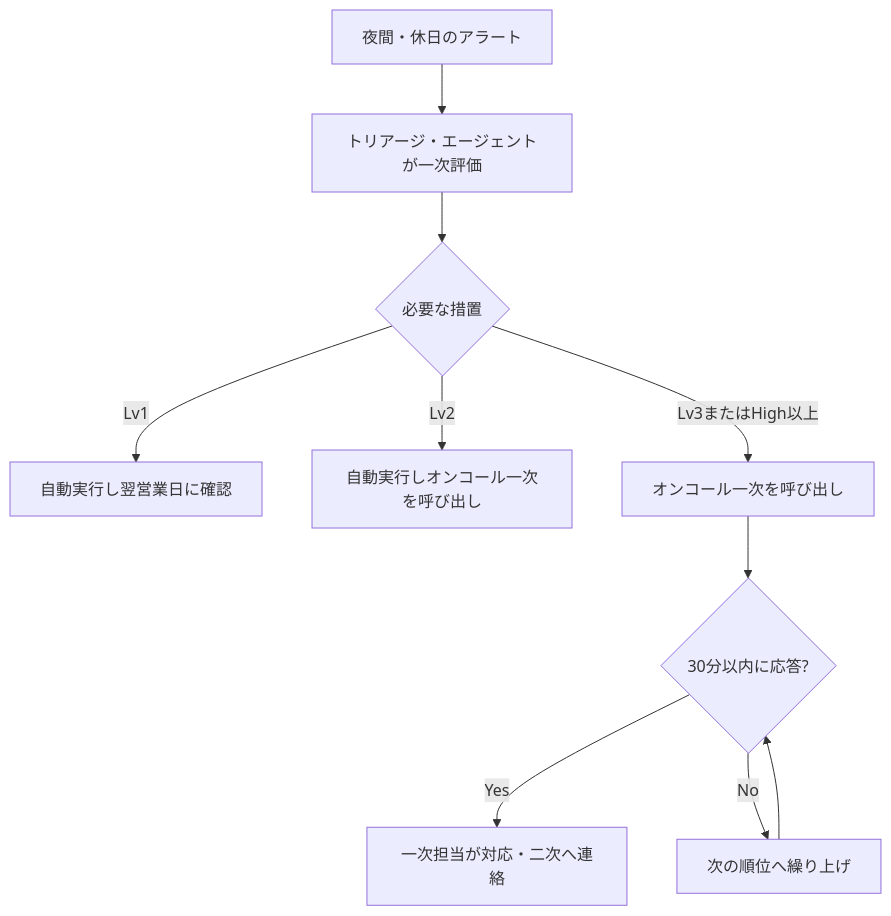
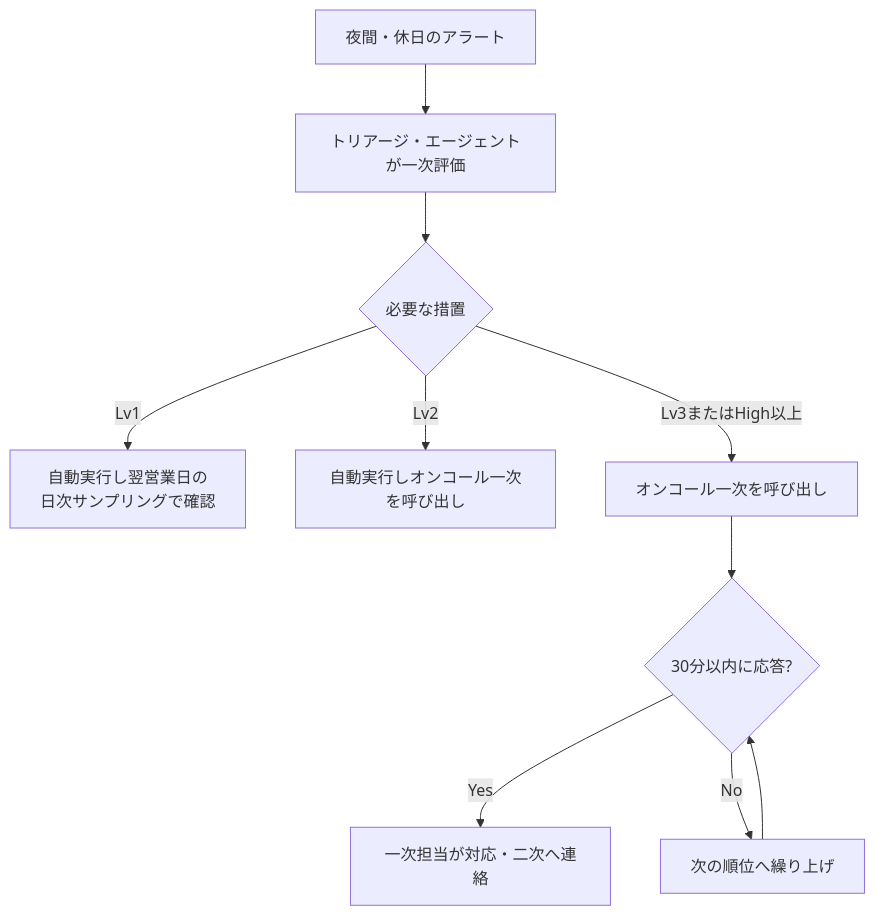
The diagram in 01-governance/01-05-operating-hours.md (Okusan818/agentic-ai-soc-csirt-sample), drawn with Mermaid before and after one commit. The commit also changed other lines of this file and 36 other files, not shown here.

````diff
--- a/01-governance/01-05-operating-hours.md
+++ b/01-governance/01-05-operating-hours.md
@@ -35,12 +35,12 @@
 ```mermaid
 flowchart TD
     A[夜間・休日のアラート] --> B[トリアージ・エージェントが一次評価]
     B --> C{必要な措置}
-    C -->|Lv1| D[自動実行し翌営業日に確認]
+    C -->|Lv1| D[自動実行し翌営業日の<br/>日次サンプリングで確認]
     C -->|Lv2| E[自動実行しオンコール一次を呼び出し]
     C -->|Lv3またはHigh以上| F[オンコール一次を呼び出し]
     F --> G{30分以内に応答?}
     G -->|Yes| H[一次担当が対応・二次へ連絡]
     G -->|No| I[次の順位へ繰り上げ]
     I --> G
 ```
````
